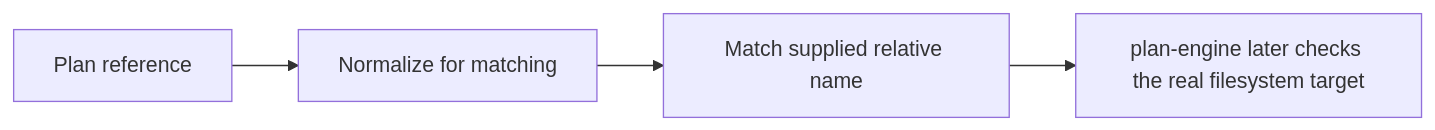
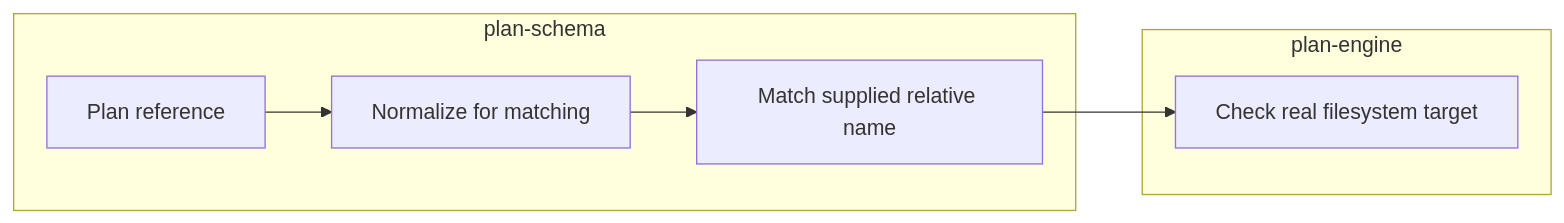
One commit to Scott-D-Hodgson/stagehand changed the diagram in Learning Plan/Packages/plan-schema/Lessons/03-case-references.md. Above: the diagram before and after it, drawn with Mermaid. The commit also changed 50 other files, not shown here.

````diff
--- a/Learning Plan/Packages/plan-schema/Lessons/03-case-references.md
+++ b/Learning Plan/Packages/plan-schema/Lessons/03-case-references.md
@@ -9,6 +9,11 @@
 ```mermaid
 flowchart LR
-    A[Plan reference] --> B[Normalize for matching]
-    B --> C[Match supplied relative name]
-    C --> D[plan-engine later checks the real filesystem target]
+    subgraph S[plan-schema]
+        A[Plan reference] --> B[Normalize for matching]
+        B --> C[Match supplied relative name]
+    end
+    subgraph E[plan-engine]
+        D[Check real filesystem target]
+    end
+    C --> D
 ```
````
